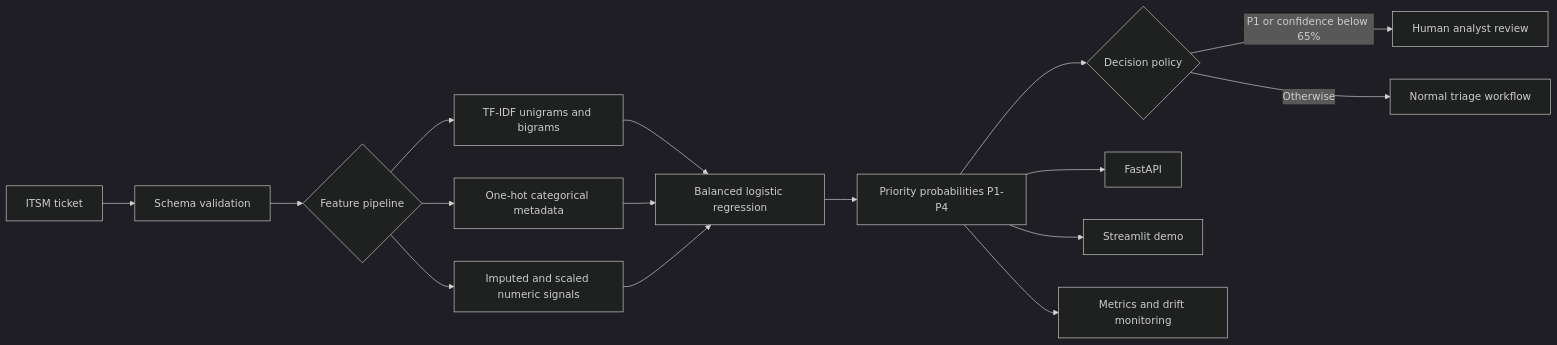
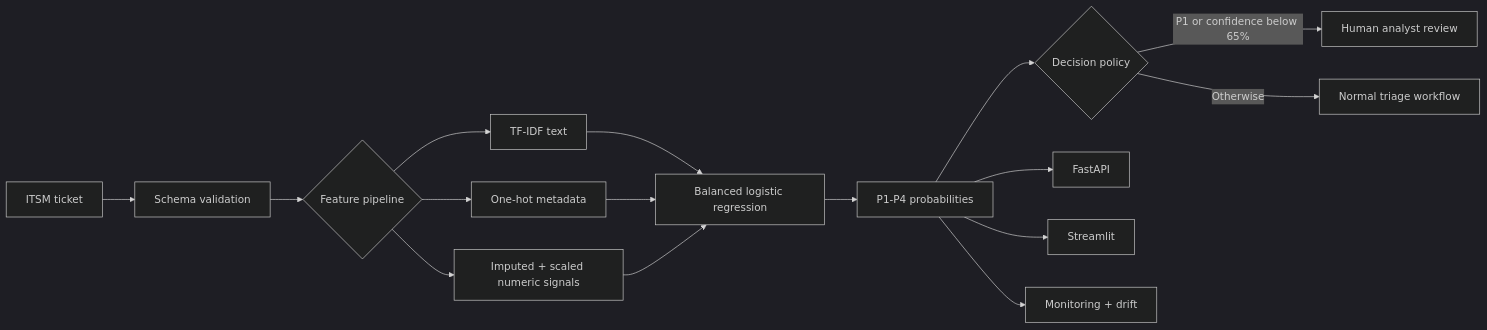
Before and after one commit to spawn187/ai-it-service-desk-priority-predictor: the diagram in README.md, drawn with Mermaid (dark theme). The commit also changed other lines of this file and 61 other files, not shown here.

````diff
--- a/README.md
+++ b/README.md
@@ -77,18 +46,18 @@
 ```mermaid
 flowchart LR
     A[ITSM ticket] --> B[Schema validation]
     B --> C{Feature pipeline}
-    C --> D[TF-IDF unigrams and bigrams]
-    C --> E[One-hot categorical metadata]
-    C --> F[Imputed and scaled numeric signals]
+    C --> D[TF-IDF text]
+    C --> E[One-hot metadata]
+    C --> F[Imputed + scaled numeric signals]
     D --> G[Balanced logistic regression]
     E --> G
     F --> G
-    G --> H[Priority probabilities P1-P4]
+    G --> H[P1-P4 probabilities]
     H --> I{Decision policy}
     I -->|P1 or confidence below 65%| J[Human analyst review]
     I -->|Otherwise| K[Normal triage workflow]
     H --> L[FastAPI]
-    H --> M[Streamlit demo]
-    H --> N[Metrics and drift monitoring]
+    H --> M[Streamlit]
+    H --> N[Monitoring + drift]
 ```
````
